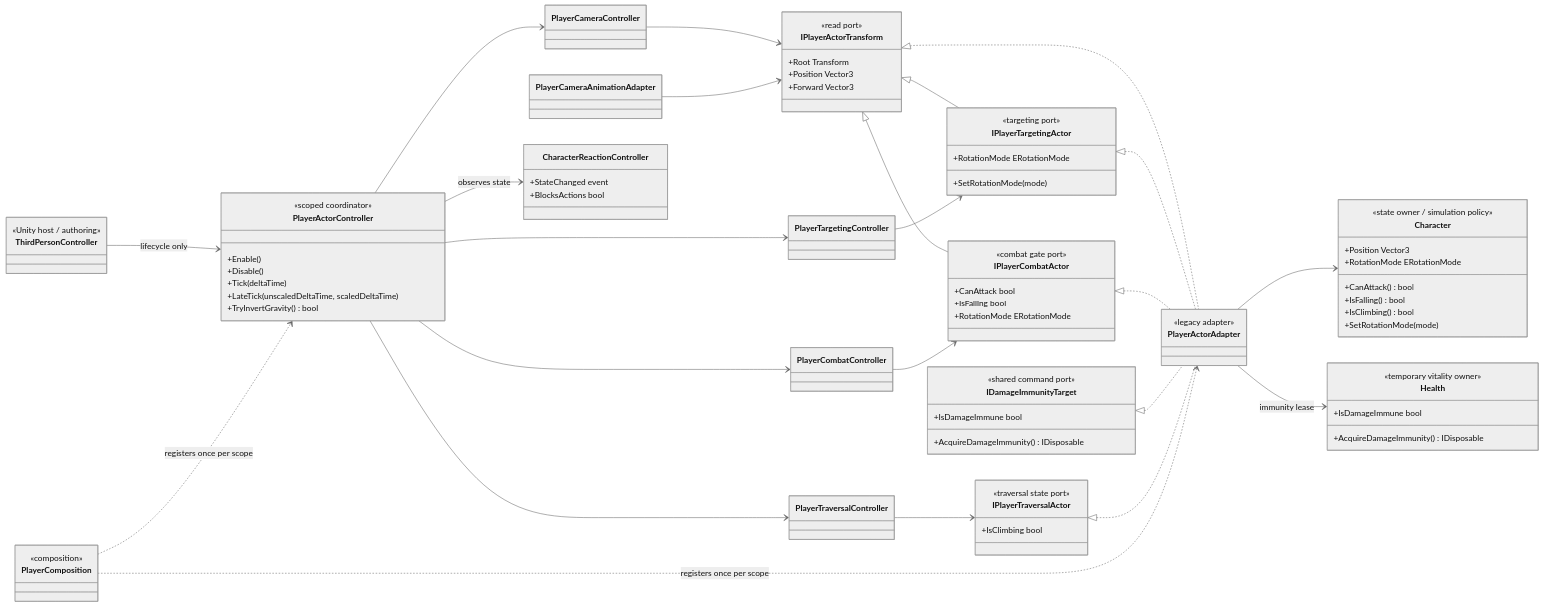
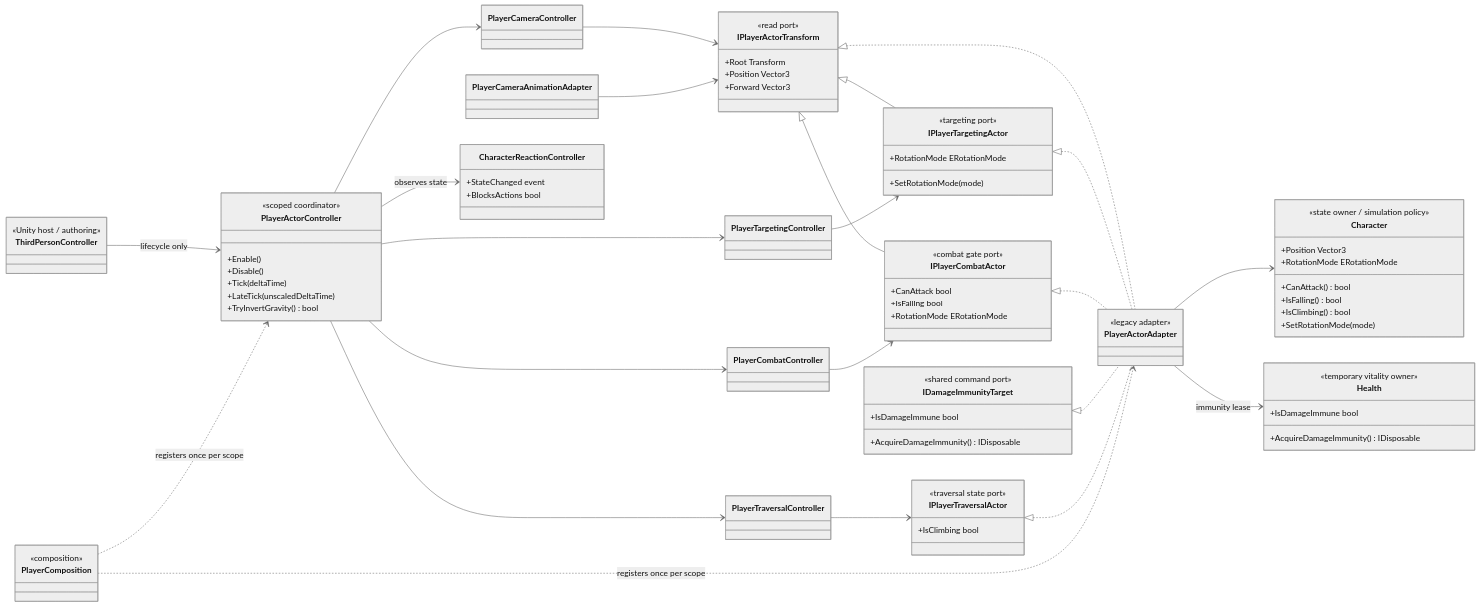
Before and after one commit to MaximFonariuc/project-s: the first of 2 diagrams in Docs/Architecture/Player.ActorBoundary.md, drawn with Mermaid (neutral theme). The commit also changed 5 other files, not shown here.

```diff
--- a/Docs/Architecture/Player.ActorBoundary.md
+++ b/Docs/Architecture/Player.ActorBoundary.md
@@ -75,7 +75,7 @@
         +Enable()
         +Disable()
         +Tick(deltaTime)
-        +LateTick(unscaledDeltaTime, scaledDeltaTime)
+        +LateTick(unscaledDeltaTime)
         +TryInvertGravity() bool
     }
     class ThirdPersonController {
```
